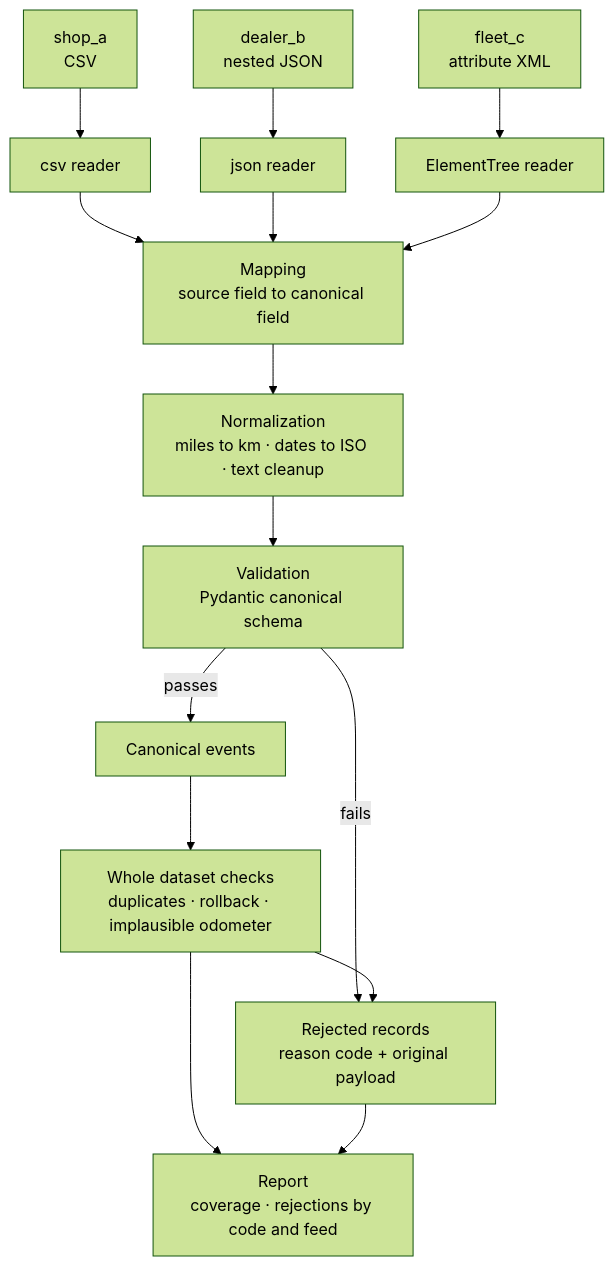
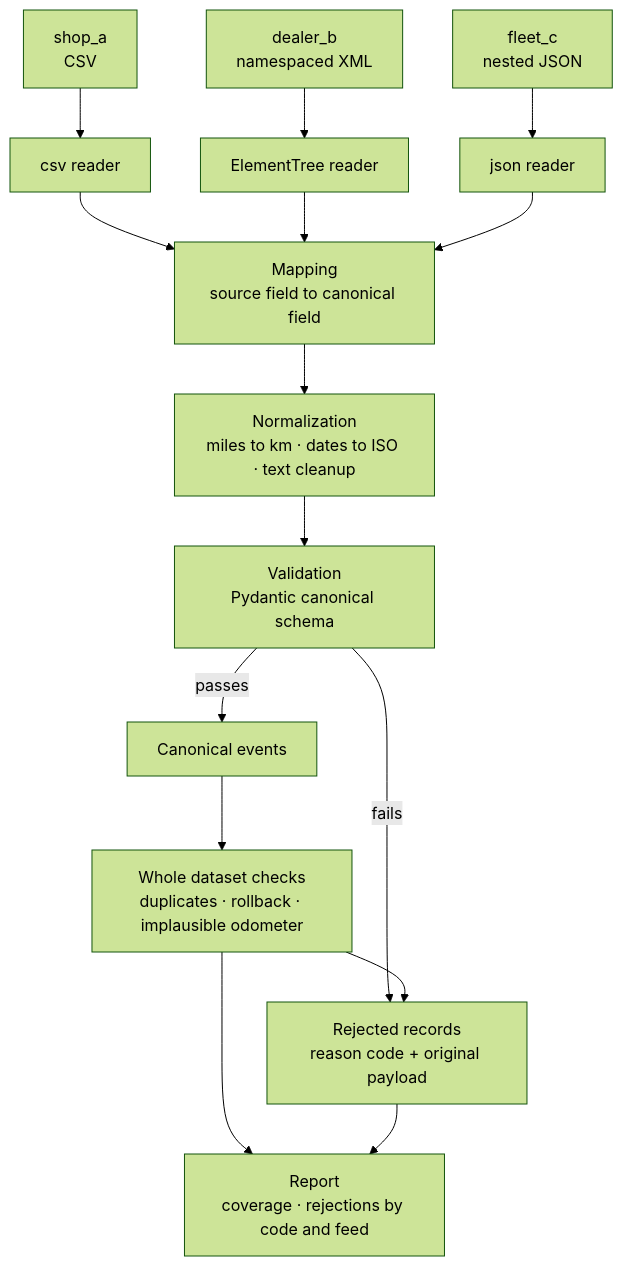
Before and after one commit to renteria-luis/automotive-data-mapper: the diagram in PLAN.md, drawn with Mermaid (forest theme). The commit also changed other lines of this file and 15 other files, not shown here.

````diff
--- a/PLAN.md
+++ b/PLAN.md
@@ -41,21 +40,21 @@
 ```mermaid
 flowchart TD
     A1["shop_a<br/>CSV"] --> B1["csv reader"]
-    A2["dealer_b<br/>nested JSON"] --> B2["json reader"]
-    A3["fleet_c<br/>attribute XML"] --> B3["ElementTree reader"]
+    A2["dealer_b<br/>namespaced XML"] --> B2["ElementTree reader"]
+    A3["fleet_c<br/>nested JSON"] --> B3["json reader"]
 
     B1 --> C["Mapping<br/>source field to canonical field"]
     B2 --> C
     B3 --> C
 
     C --> D["Normalization<br/>miles to km · dates to ISO · text cleanup"]
     D --> E["Validation<br/>Pydantic canonical schema"]
 
     E -->|passes| F["Canonical events"]
     E -->|fails| G["Rejected records<br/>reason code + original payload"]
 
     F --> H["Whole dataset checks<br/>duplicates · rollback · implausible odometer"]
     H --> G
     H --> I["Report<br/>coverage · rejections by code and feed"]
     G --> I
 ```
````
